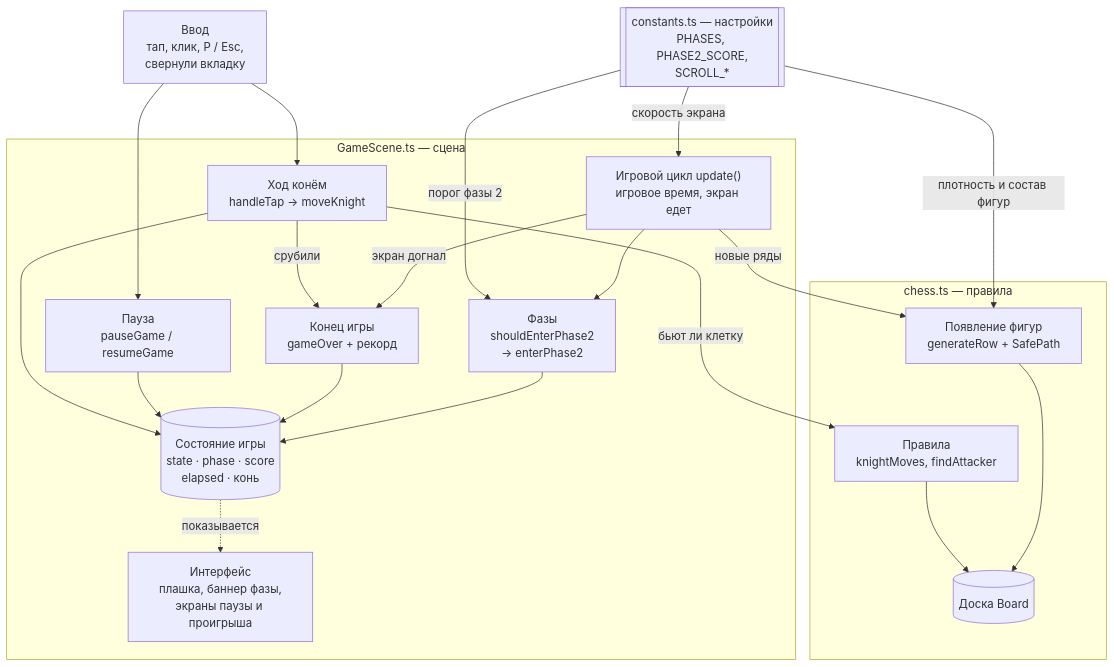
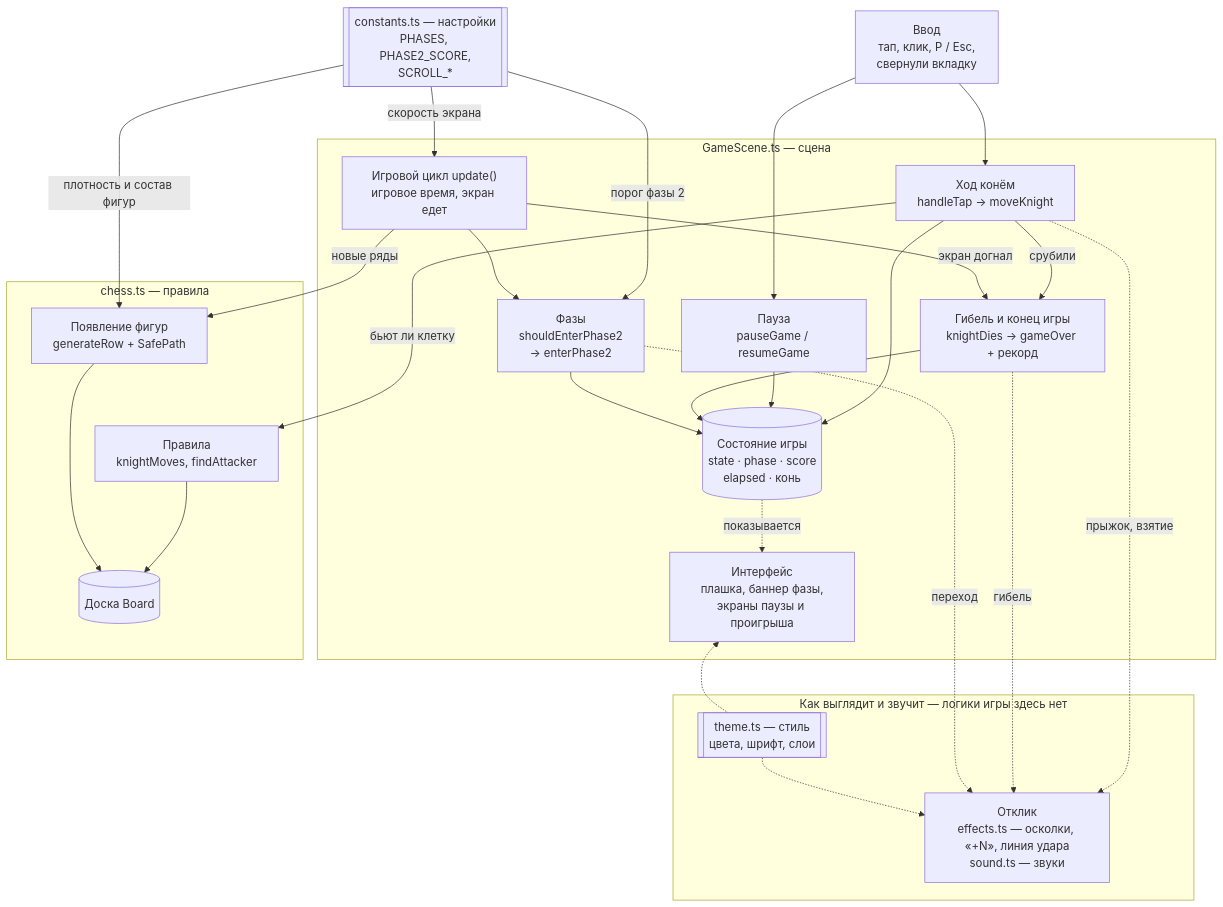
The diagram in README.md (deadsnxcks/game-horse-chess-runner), drawn with Mermaid before and after one commit. The commit also changed other lines of this file and 2 other files, not shown here.

````diff
--- a/README.md
+++ b/README.md
@@ -76,40 +103,51 @@
 ```mermaid
 flowchart TB
   IN["Ввод<br/>тап, клик, P / Esc,<br/>свернули вкладку"]
   CFG[["constants.ts — настройки<br/>PHASES, PHASE2_SCORE,<br/>SCROLL_*"]]
 
+  subgraph LOOK["Как выглядит и звучит — логики игры здесь нет"]
+    THEME[["theme.ts — стиль<br/>цвета, шрифт, слои"]]
+    FX["Отклик<br/>effects.ts — осколки, «+N», линия удара<br/>sound.ts — звуки"]
+  end
+
   subgraph GS["GameScene.ts — сцена"]
     HT["Ход конём<br/>handleTap → moveKnight"]
     PAUSE["Пауза<br/>pauseGame / resumeGame"]
     UPD["Игровой цикл update()<br/>игровое время, экран едет"]
-    OVER["Конец игры<br/>gameOver + рекорд"]
+    OVER["Гибель и конец игры<br/>knightDies → gameOver + рекорд"]
     PHASE["Фазы<br/>shouldEnterPhase2<br/>→ enterPhase2"]
     STATE[("Состояние игры<br/>state · phase · score<br/>elapsed · конь")]
     UI["Интерфейс<br/>плашка, баннер фазы,<br/>экраны паузы и проигрыша"]
   end
 
   subgraph CH["chess.ts — правила"]
     GEN["Появление фигур<br/>generateRow + SafePath"]
     RULES["Правила<br/>knightMoves, findAttacker"]
     BOARD[("Доска Board")]
   end
 
   IN --> HT
   IN --> PAUSE
   CFG -->|"скорость экрана"| UPD
   CFG -->|"порог фазы 2"| PHASE
   HT -->|"срубили"| OVER
   UPD -->|"экран догнал"| OVER
   UPD --> PHASE
   HT --> STATE
   PAUSE --> STATE
   OVER --> STATE
   PHASE --> STATE
   STATE -.->|"показывается"| UI
   UPD -->|"новые ряды"| GEN
   HT -->|"бьют ли клетку"| RULES
   CFG -->|"плотность и состав фигур"| GEN
   GEN ~~~ RULES
   RULES --> BOARD
   GEN --> BOARD
+  HT -.->|"прыжок, взятие"| FX
+  OVER -.->|"гибель"| FX
+  PHASE -.->|"переход"| FX
+  THEME -.-> UI
+  THEME -.-> FX
+  UI ~~~ THEME
 ```
````
